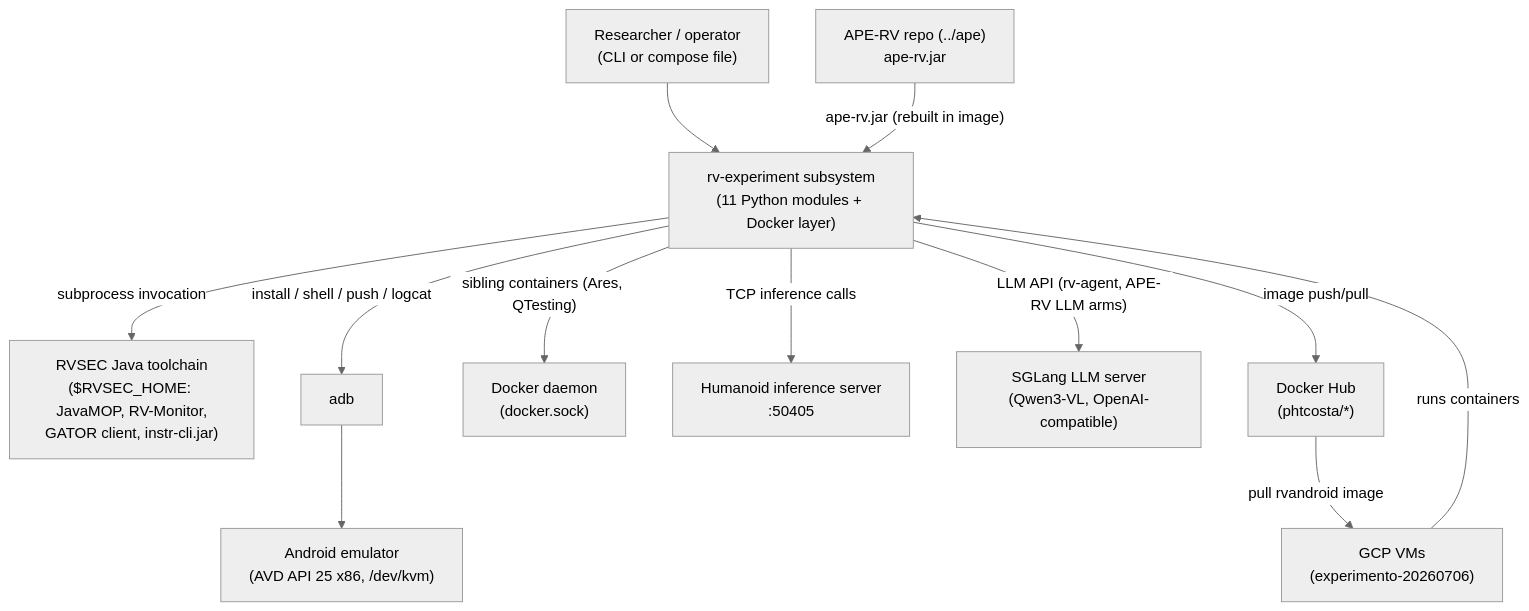
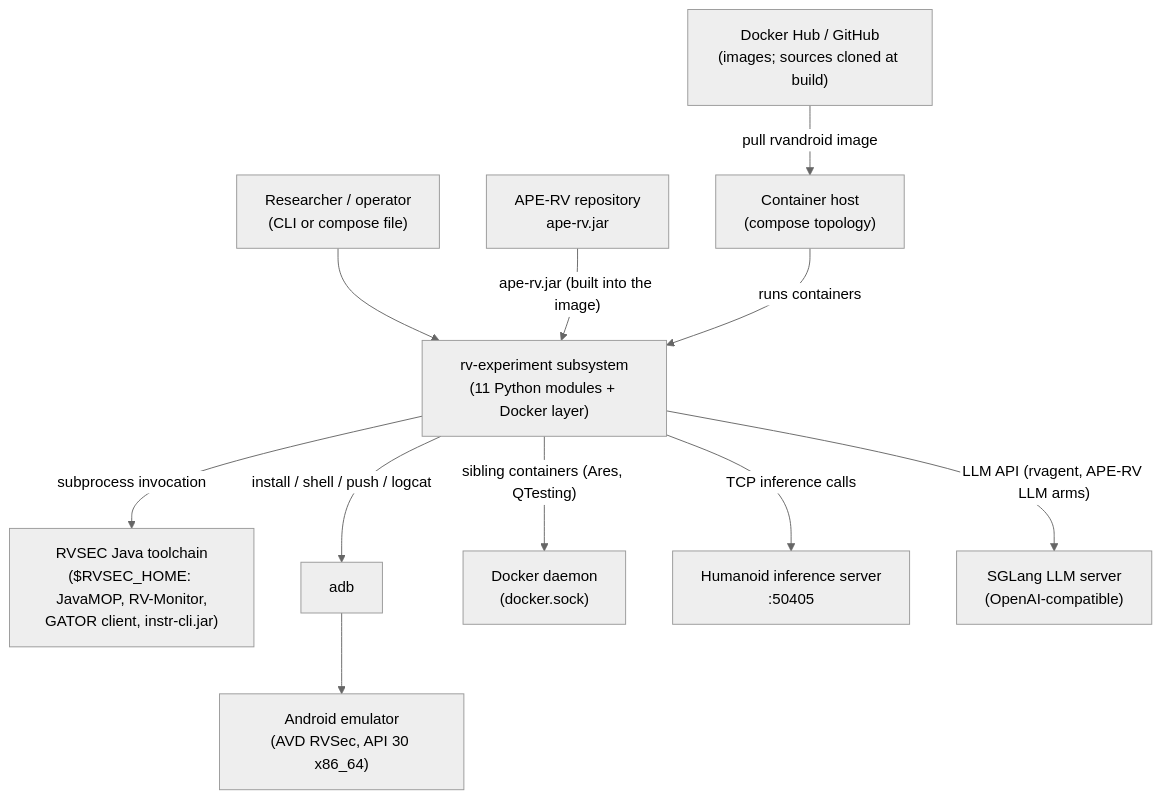
The first of 4 diagrams in rv-android/docs/architecture/subsystem-rv-experiment.md (PAMunb/rvsec), drawn with Mermaid before and after one commit. The commit also changed other lines of this file and 7 other files, not shown here.

````diff
--- a/rv-android/docs/architecture/subsystem-rv-experiment.md
+++ b/rv-android/docs/architecture/subsystem-rv-experiment.md
@@ -147,27 +144,26 @@
 ```mermaid
 %%{init: {'theme': 'neutral'}}%%
 flowchart TB
     OPERATOR["Researcher / operator<br/>(CLI or compose file)"]
     SUBSYS["rv-experiment subsystem<br/>(11 Python modules + Docker layer)"]
     RVSEC["RVSEC Java toolchain<br/>($RVSEC_HOME: JavaMOP, RV-Monitor,<br/>GATOR client, instr-cli.jar)"]
-    APE["APE-RV repo (../ape)<br/>ape-rv.jar"]
-    EMU["Android emulator<br/>(AVD API 25 x86, /dev/kvm)"]
+    APE["APE-RV repository<br/>ape-rv.jar"]
+    EMU["Android emulator<br/>(AVD RVSec, API 30 x86_64)"]
     ADB["adb"]
     DSOCK["Docker daemon<br/>(docker.sock)"]
     HUM["Humanoid inference server<br/>:50405"]
-    SGL["SGLang LLM server<br/>(Qwen3-VL, OpenAI-compatible)"]
-    HUB["Docker Hub<br/>(phtcosta/*)"]
-    GCP["GCP VMs<br/>(experimento-20260706)"]
+    SGL["SGLang LLM server<br/>(OpenAI-compatible)"]
+    HUB["Docker Hub / GitHub<br/>(images; sources cloned at build)"]
+    HOST["Container host<br/>(compose topology)"]
 
     OPERATOR --> SUBSYS
     SUBSYS -- "subprocess invocation" --> RVSEC
-    APE -- "ape-rv.jar (rebuilt in image)" --> SUBSYS
+    APE -- "ape-rv.jar (built into the image)" --> SUBSYS
     SUBSYS -- "install / shell / push / logcat" --> ADB
     ADB --> EMU
     SUBSYS -- "sibling containers (Ares, QTesting)" --> DSOCK
     SUBSYS -- "TCP inference calls" --> HUM
-    SUBSYS -- "LLM API (rv-agent, APE-RV LLM arms)" --> SGL
-    SUBSYS -- "image push/pull" --> HUB
-    HUB -- "pull rvandroid image" --> GCP
-    GCP -- "runs containers" --> SUBSYS
+    SUBSYS -- "LLM API (rvagent, APE-RV LLM arms)" --> SGL
+    HUB -- "pull rvandroid image" --> HOST
+    HOST -- "runs containers" --> SUBSYS
 ```
````
